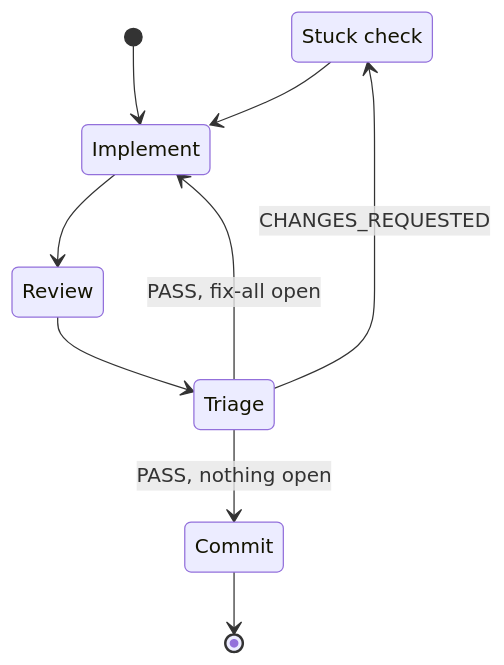
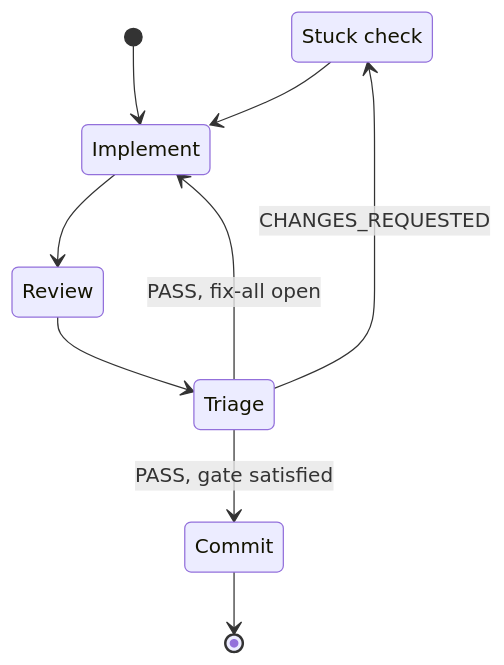
One commit to damusix/atomic-claude changed the diagram in context/_partials/implement-loop.md. Above: the diagram before and after it, drawn with Mermaid. The commit also changed other lines of this file and 8 other files, not shown here.

````diff
--- a/context/_partials/implement-loop.md
+++ b/context/_partials/implement-loop.md
@@ -29,12 +29,12 @@
 ```mermaid
 stateDiagram-v2
     state "Stuck check" as Stuck
     [*] --> Implement
     Implement --> Review
     Review --> Triage
-    Triage --> Commit: PASS, nothing open
+    Triage --> Commit: PASS, gate satisfied
     Triage --> Implement: PASS, fix-all open
     Triage --> Stuck: CHANGES_REQUESTED
     Stuck --> Implement
     Commit --> [*]
 ```
````
